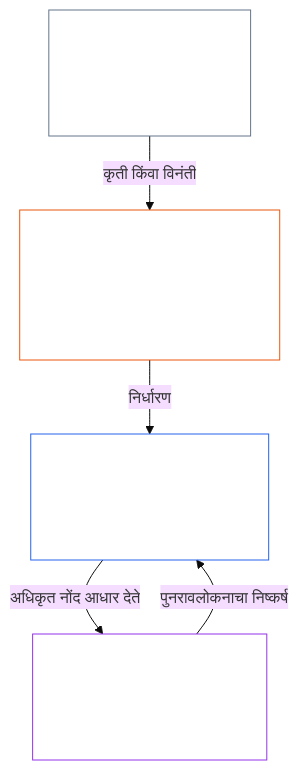
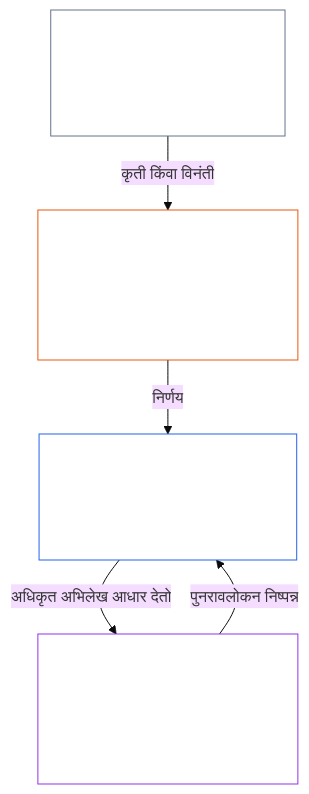
The first of 2 diagrams in project/translation_drafts/2026-11-26/ch00_ch01_resync/mr__core_01.000_constitutional_map.md (kfoelsch/Sentient_Constitution), drawn with Mermaid (base theme) before and after one commit. The commit also changed other lines of this file and 22 other files, not shown here.

````diff
--- a/project/translation_drafts/2026-11-26/ch00_ch01_resync/mr__core_01.000_constitutional_map.md
+++ b/project/translation_drafts/2026-11-26/ch00_ch01_resync/mr__core_01.000_constitutional_map.md
@@ -222,15 +192,15 @@
 ```mermaid
 flowchart TB
-    I["आरंभक आसन<br/><br/>विनंती, प्रस्ताव, संचालन,<br/>दावा किंवा कृतीची सुरुवात"]
-    V["पडताळणी किंवा अधिकृतता आसन<br/><br/>पुरावा व अधिकार तपासते;<br/>पडताळते, अधिकृत करते, नाकारते किंवा अटी घालते"]
-    R["अधिकृत नोंद-संरक्षण आसन<br/><br/>कृती नोंदवते, दुरुस्त करते, जतन<br/>आणि प्रकाशित करते"]
-    C["आव्हान-पुनरावलोकन आसन<br/><br/>आव्हाने स्वीकारते व तपासते;<br/>दुरुस्ती, मर्यादा किंवा मार्गनिर्देशन"]
+    I["प्रारंभ आसन<br/><br/>कृतीची विनंती, प्रस्ताव, संचालन,<br/>दावा किंवा सुरुवात करते"]
+    V["पडताळणी-अधिकृतता आसन<br/><br/>पुरावा व अधिकार तपासते;<br/>पडताळते, अधिकृत करते, नाकारते किंवा अटी घालते"]
+    R["अधिकृत अभिलेख-अभिरक्षा आसन<br/><br/>कृती-अभिलेख नोंदवते, दुरुस्त करते,<br/>जतन करते आणि प्रकाशित करते"]
+    C["आव्हान-पुनरावलोकन आसन<br/><br/>आव्हाने स्वीकारते व तपासते;<br/>दुरुस्त करते, मर्यादित करते किंवा मार्गी लावते"]
     I -->|कृती किंवा विनंती| V
-    V -->|निर्धारण| R
-    R -->|अधिकृत नोंद आधार देते| C
-    C -->|पुनरावलोकनाचा निष्कर्ष| R
+    V -->|निर्णय| R
+    R -->|अधिकृत अभिलेख आधार देतो| C
+    C -->|पुनरावलोकन निष्पन्न| R
     style I fill:none,stroke:#64748b,color:#ffffff
     style V fill:none,stroke:#ea580c,color:#ffffff
     style R fill:none,stroke:#2563eb,color:#ffffff
     style C fill:none,stroke:#9333ea,color:#ffffff
 ```
````
